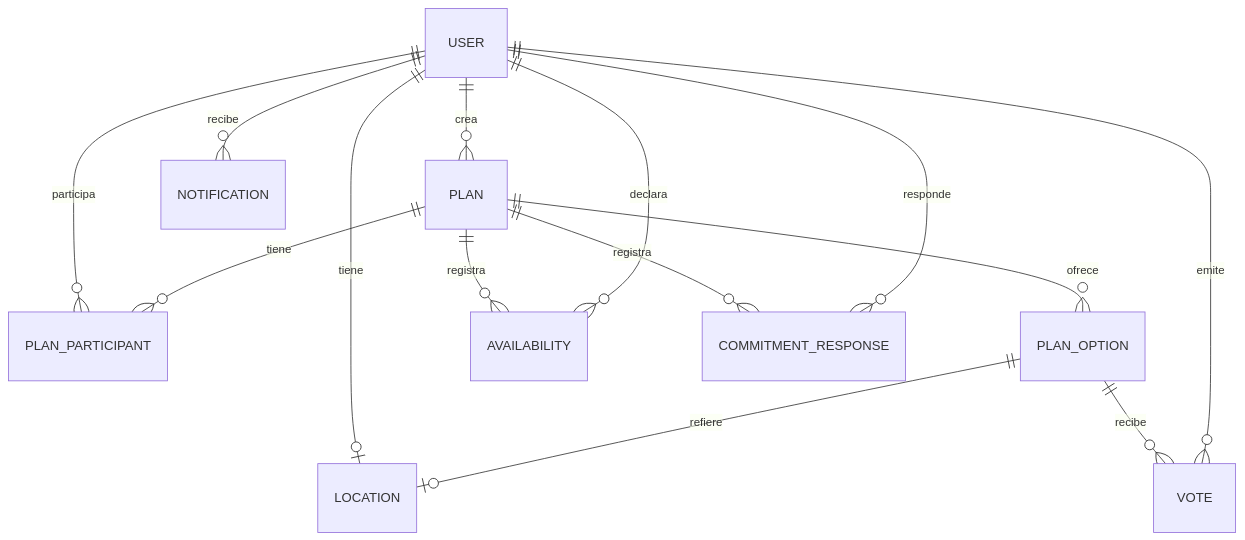
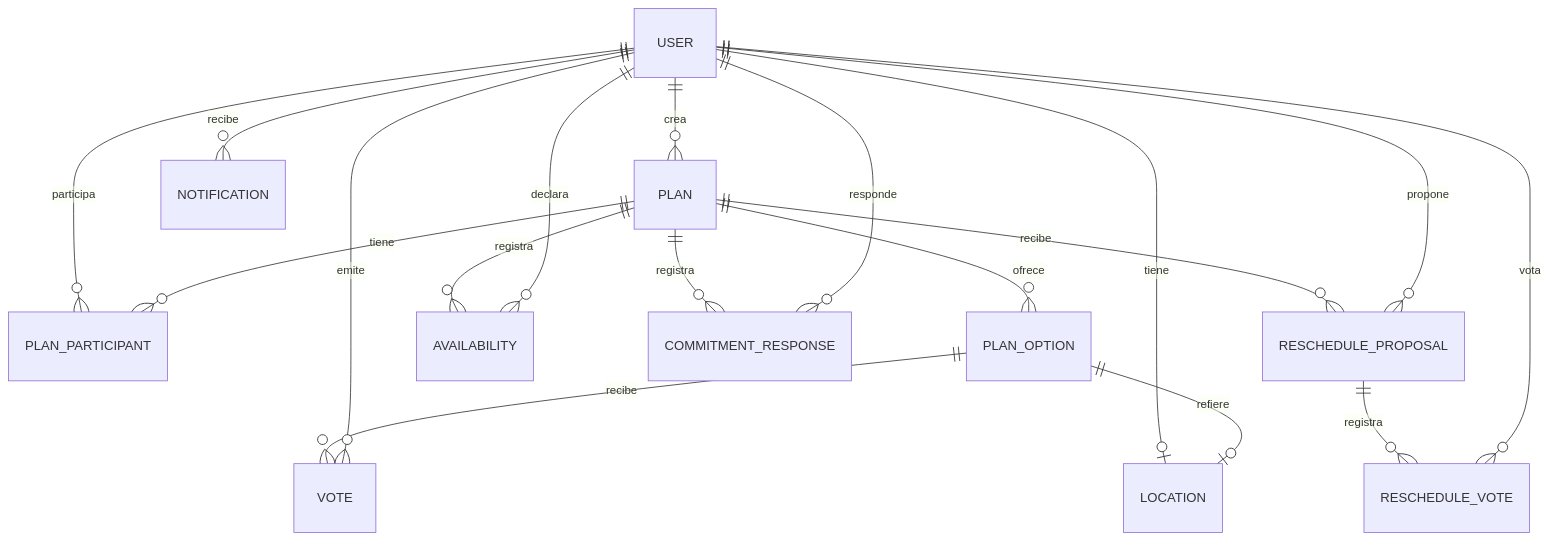
The second of 2 diagrams in README.md (Adrian0raffo/QSale), drawn with Mermaid before and after one commit. The commit also changed other lines of this file and 60 other files, not shown here.

Commit message:
feat: complete coordination and rescheduling flows

````diff
--- a/README.md
+++ b/README.md
@@ -111,16 +116,20 @@
 ```mermaid
 erDiagram
     USER ||--o{ PLAN : crea
     USER ||--o{ PLAN_PARTICIPANT : participa
     PLAN ||--o{ PLAN_PARTICIPANT : tiene
     PLAN ||--o{ PLAN_OPTION : ofrece
     PLAN_OPTION ||--o{ VOTE : recibe
     USER ||--o{ VOTE : emite
     PLAN ||--o{ AVAILABILITY : registra
     USER ||--o{ AVAILABILITY : declara
     PLAN ||--o{ COMMITMENT_RESPONSE : registra
     USER ||--o{ COMMITMENT_RESPONSE : responde
     USER ||--o{ NOTIFICATION : recibe
     USER ||--o| LOCATION : tiene
     PLAN_OPTION ||--o| LOCATION : refiere
+    PLAN ||--o{ RESCHEDULE_PROPOSAL : recibe
+    USER ||--o{ RESCHEDULE_PROPOSAL : propone
+    RESCHEDULE_PROPOSAL ||--o{ RESCHEDULE_VOTE : registra
+    USER ||--o{ RESCHEDULE_VOTE : vota
 ```
````
